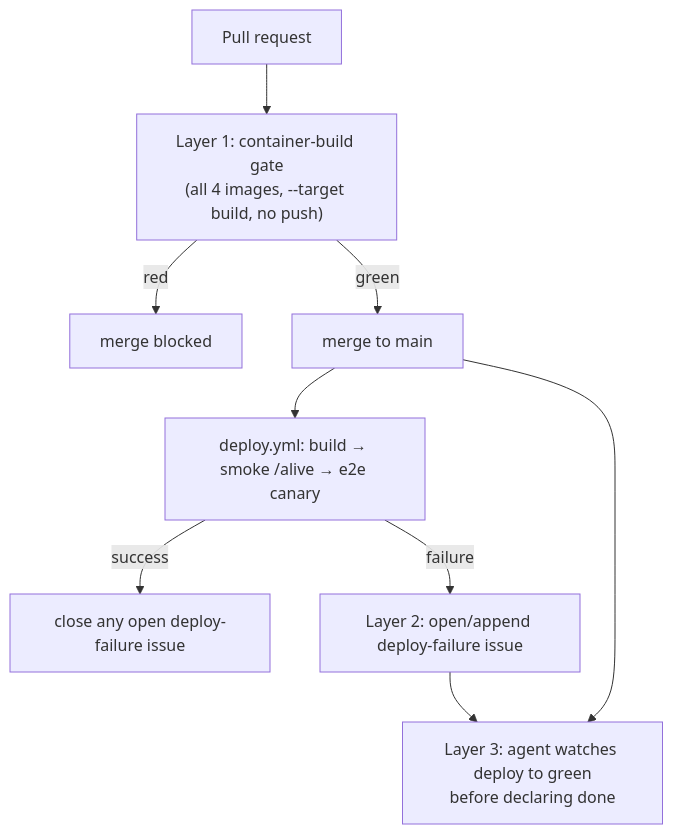
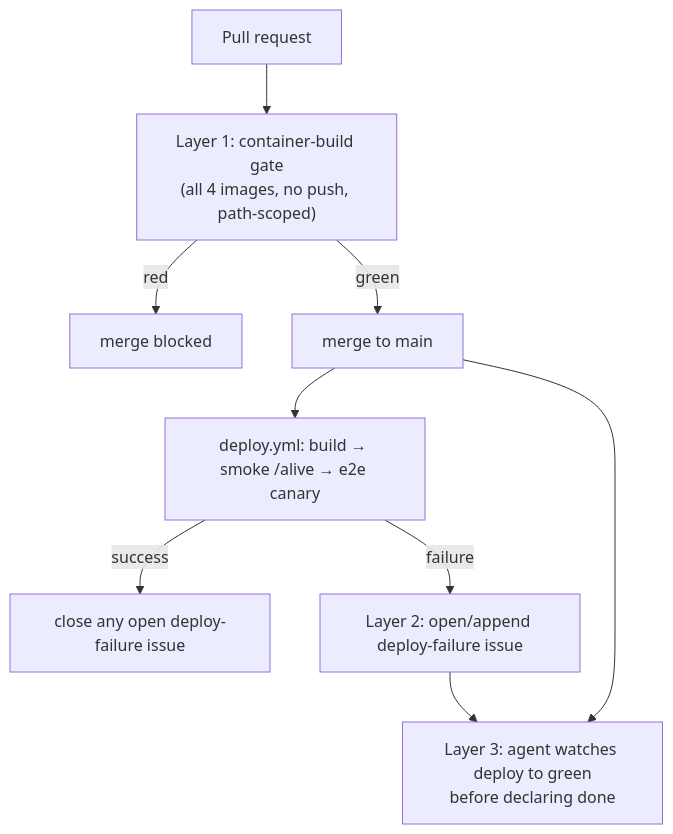
The diagram in docs/superpowers/specs/2026-07-07-deploy-validation-in-sdlc-design.md (Early-Bird-Solutions-LLC/PinballWizard), drawn with Mermaid before and after one commit. The commit also changed other lines of this file, not shown here.

Commit message:
docs(sdlc) drop stale --target build from design doc diagram + risks

````diff
--- a/docs/superpowers/specs/2026-07-07-deploy-validation-in-sdlc-design.md
+++ b/docs/superpowers/specs/2026-07-07-deploy-validation-in-sdlc-design.md
@@ -106,11 +106,11 @@
 ```mermaid
 flowchart TD
-    PR["Pull request"] --> CB["Layer 1: container-build gate<br/>(all 4 images, --target build, no push)"]
+    PR["Pull request"] --> CB["Layer 1: container-build gate<br/>(all 4 images, no push, path-scoped)"]
     CB -->|red| BLOCK["merge blocked"]
     CB -->|green| MERGE["merge to main"]
     MERGE --> DEP["deploy.yml: build → smoke /alive → e2e canary"]
     DEP -->|success| CLOSE["close any open deploy-failure issue"]
     DEP -->|failure| ISSUE["Layer 2: open/append deploy-failure issue"]
     MERGE --> WATCH["Layer 3: agent watches deploy to green<br/>before declaring done"]
     ISSUE --> WATCH
 ```
````
